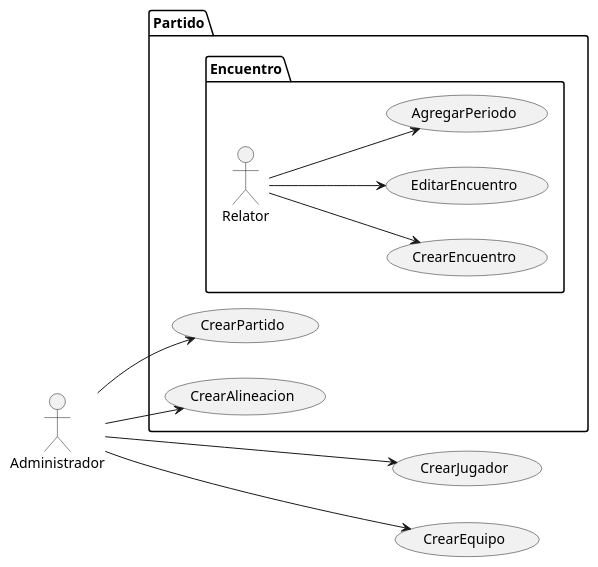
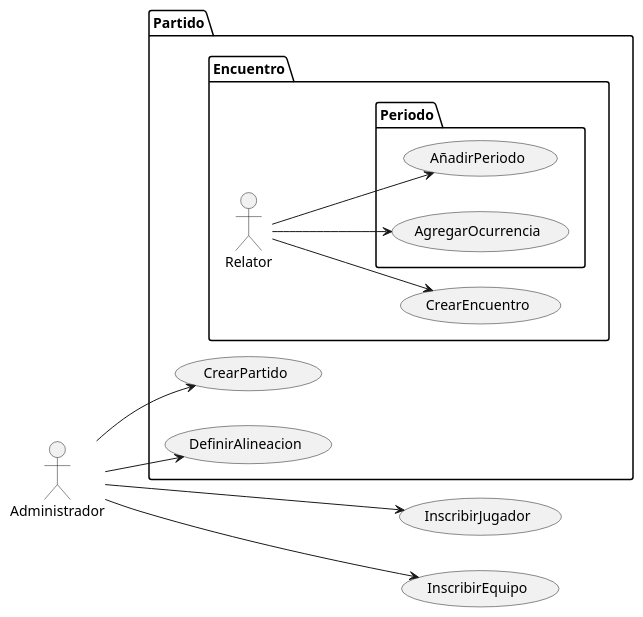
Before and after one commit to ibuprofenofernandez/IdSw1-22-23: the diagram in actividades/002-appFutbol/ibuprofenoFernandez/casosDeUso.puml, drawn with PlantUML.

Commit message:
Dejar de pensar en CRUD (o no)
Para que parezca más real, aunque por defecto ya vea todo en el mundo como CRUD ;)

```diff
--- a/actividades/002-appFutbol/ibuprofenoFernandez/casosDeUso.puml
+++ b/actividades/002-appFutbol/ibuprofenoFernandez/casosDeUso.puml
@@ -1,31 +1,40 @@
 @startuml
 left to right direction
 
 actor Administrador
-usecase CrearJugador
-usecase CrearEquipo
+usecase InscribirJugador
+usecase InscribirEquipo
 
-Administrador ---> CrearEquipo
-Administrador ---> CrearJugador
+Administrador ---> InscribirEquipo
+Administrador ---> InscribirJugador
+
 
 package Partido {
 
-  usecase CrearPartido
-  usecase CrearAlineacion
-  Administrador --> CrearPartido
-  Administrador --> CrearAlineacion
+usecase CrearPartido
+usecase DefinirAlineacion
+Administrador --> CrearPartido
+Administrador --> DefinirAlineacion
 
-  package Encuentro {
-    actor Relator
-    usecase CrearEncuentro
-    usecase EditarEncuentro
-    usecase AgregarPeriodo
 
-    Relator --> CrearEncuentro
-    Relator --> EditarEncuentro
-    Relator --> AgregarPeriodo
+package Encuentro {
 
-  }
+actor Relator
+usecase CrearEncuentro
+
+Relator --> CrearEncuentro
+
+package Periodo {
+usecase AñadirPeriodo
+useCase AgregarOcurrencia
+
+Relator --> AñadirPeriodo
+Relator --> AgregarOcurrencia
+
+}
+
+}
+
 }
 
 @enduml
```
